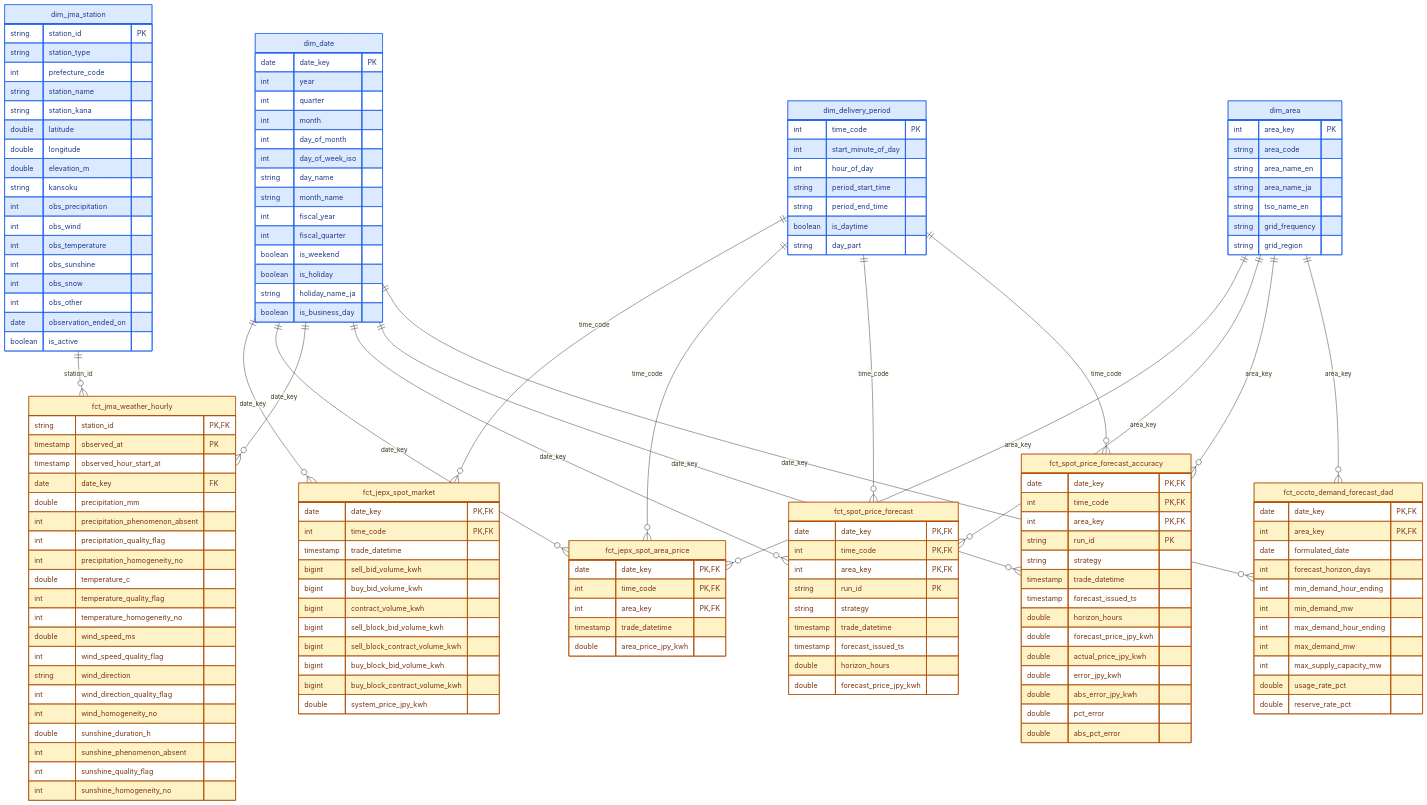
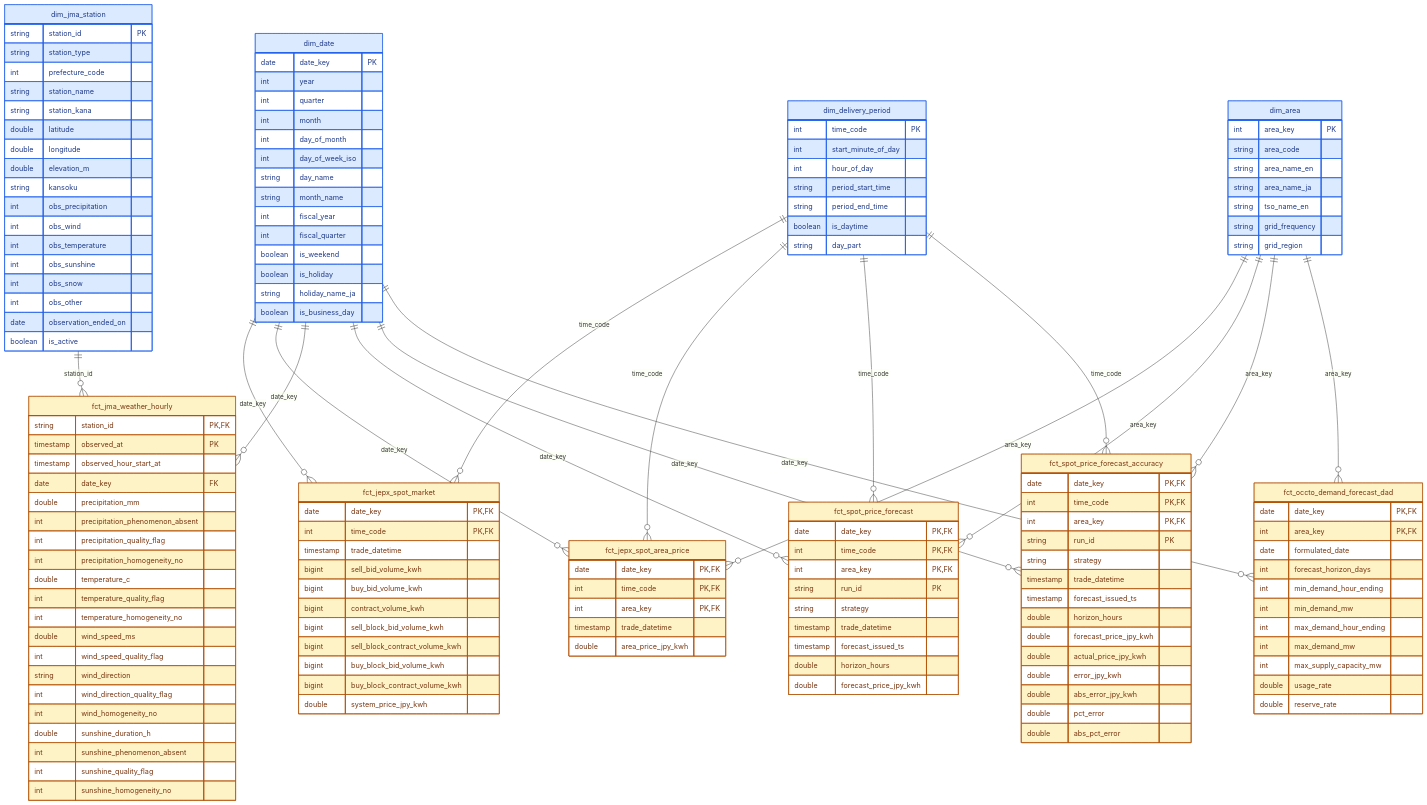
Before and after one commit to hankehly/power-market-analytics: the diagram in docs/README.md, drawn with Mermaid. The commit also changed other lines of this file and 5 other files, not shown here.

First line of the commit message:
Expose OCCTO usage/reserve rates as fractions

```diff
--- a/docs/README.md
+++ b/docs/README.md
@@ -188,8 +188,8 @@
         int max_demand_hour_ending
         int max_demand_mw
         int max_supply_capacity_mw
-        double usage_rate_pct
-        double reserve_rate_pct
+        double usage_rate
+        double reserve_rate
     }
 
     classDef dim fill:#DBEAFE,stroke:#2563EB,color:#1E3A8A
```
